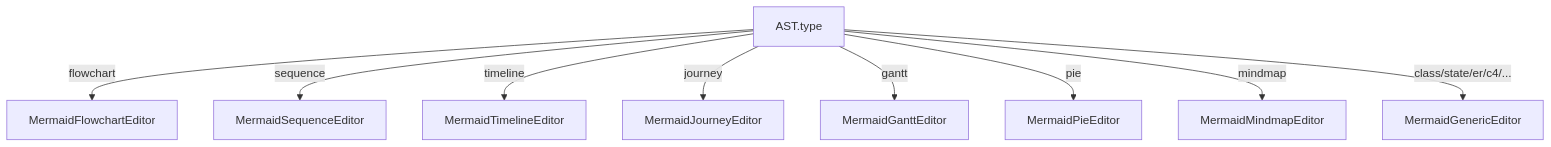
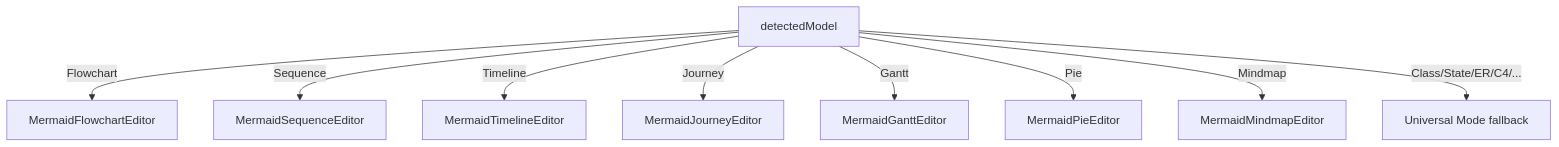
The third of 6 diagrams in .qoder/repowiki/en/content/Diagram Types and Formats/Mermaid Diagrams/Class Diagrams.md (ongchonghian/universal-diagram-editor), drawn with Mermaid before and after one commit. The commit also changed other lines of this file and 31 other files, not shown here.

````diff
--- a/.qoder/repowiki/en/content/Diagram Types and Formats/Mermaid Diagrams/Class Diagrams.md
+++ b/.qoder/repowiki/en/content/Diagram Types and Formats/Mermaid Diagrams/Class Diagrams.md
@@ -142,11 +137,11 @@
 ```mermaid
 flowchart TD
-AST["AST.type"] --> |flowchart| Flow["MermaidFlowchartEditor"]
-AST --> |sequence| Seq["MermaidSequenceEditor"]
-AST --> |timeline| TL["MermaidTimelineEditor"]
-AST --> |journey| Jour["MermaidJourneyEditor"]
-AST --> |gantt| Gantt["MermaidGanttEditor"]
-AST --> |pie| Pie["MermaidPieEditor"]
-AST --> |mindmap| Mind["MermaidMindmapEditor"]
-AST --> |class/state/er/c4/...| Gen["MermaidGenericEditor"]
+AST["detectedModel"] --> |Flowchart| Flow["MermaidFlowchartEditor"]
+AST --> |Sequence| Seq["MermaidSequenceEditor"]
+AST --> |Timeline| TL["MermaidTimelineEditor"]
+AST --> |Journey| Jour["MermaidJourneyEditor"]
+AST --> |Gantt| Gantt["MermaidGanttEditor"]
+AST --> |Pie| Pie["MermaidPieEditor"]
+AST --> |Mindmap| Mind["MermaidMindmapEditor"]
+AST --> |Class/State/ER/C4/...| Gen["Universal Mode fallback"]
 ```
````
